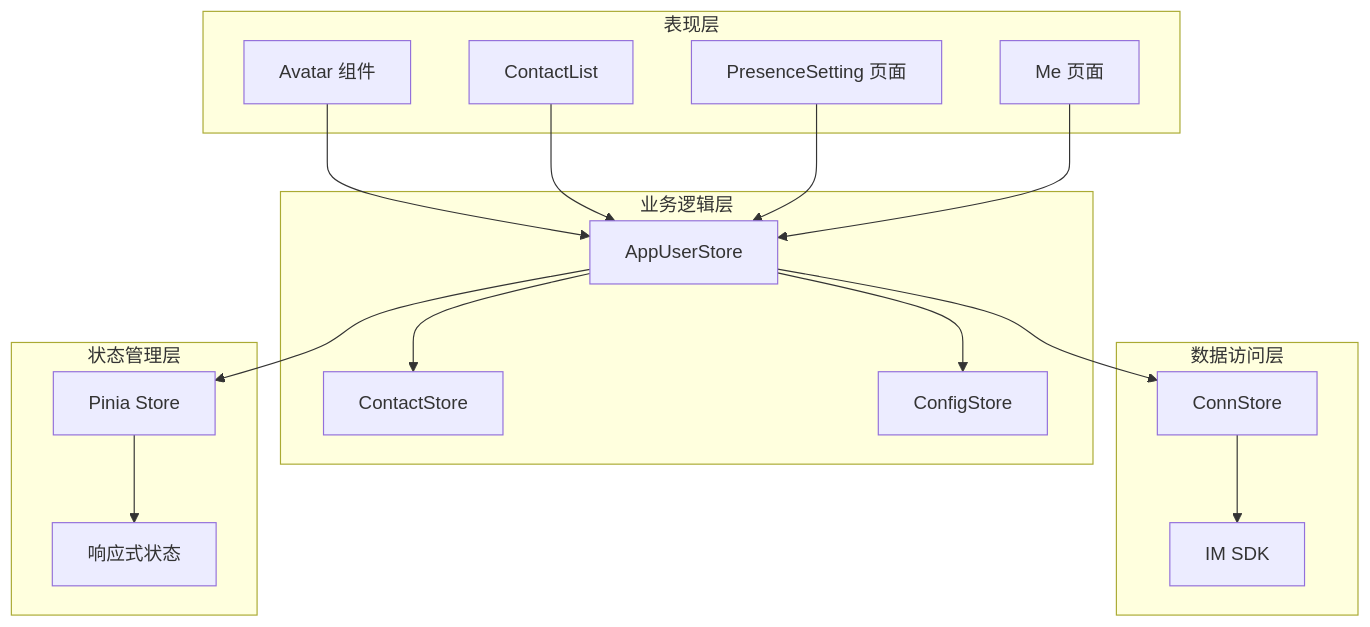
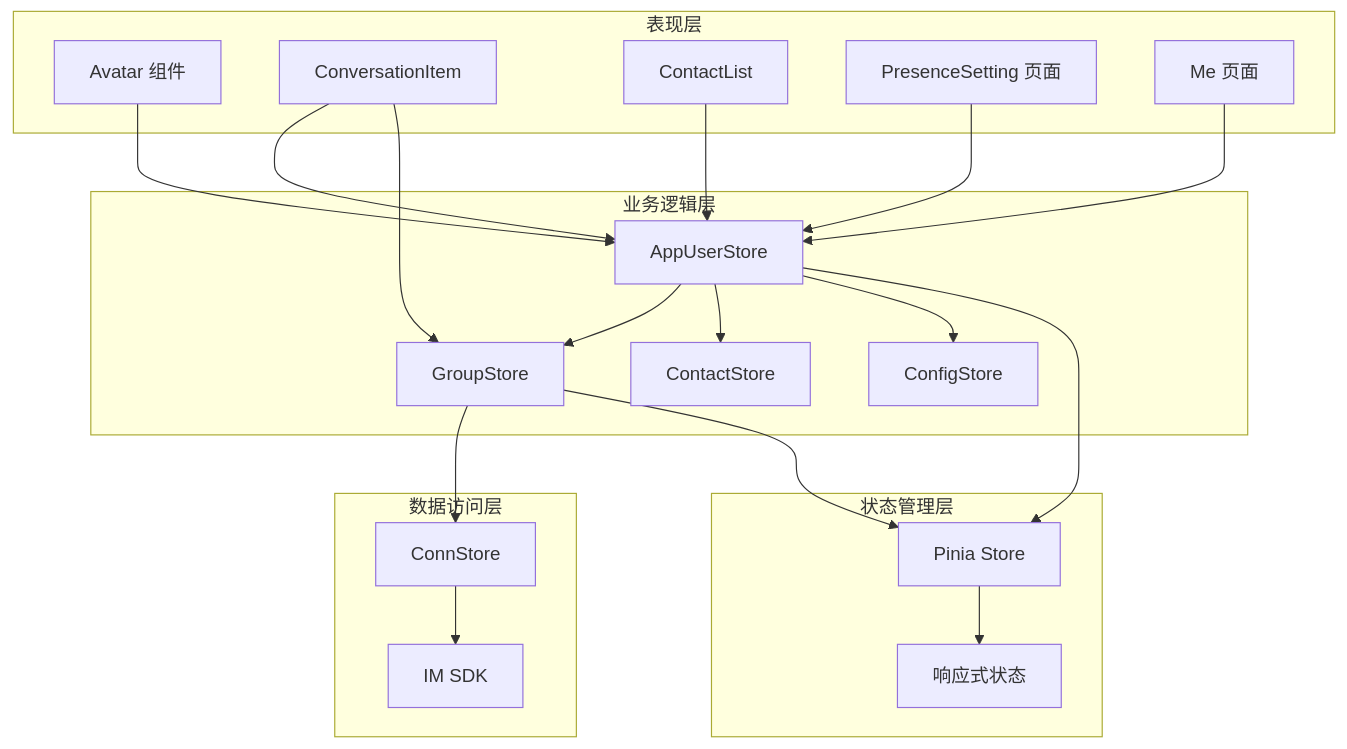
Before and after one commit to Easemob-Community/easemob-uikit-uniapp-community: the second of 7 diagrams in .qoder/repowiki/zh/content/User Status Management.md, drawn with Mermaid. The commit also changed other lines of this file and 5 other files, not shown here.

````diff
--- a/.qoder/repowiki/zh/content/User Status Management.md
+++ b/.qoder/repowiki/zh/content/User Status Management.md
@@ -127,32 +165,38 @@
 ```mermaid
 graph TD
 subgraph "表现层"
 A[Avatar 组件]
-B[ContactList]
-C[PresenceSetting 页面]
-D[Me 页面]
+B[ConversationItem]
+C[ContactList]
+D[PresenceSetting 页面]
+E[Me 页面]
 end
 subgraph "业务逻辑层"
-E[AppUserStore]
-F[ContactStore]
-G[ConfigStore]
+F[AppUserStore]
+G[GroupStore]
+H[ContactStore]
+I[ConfigStore]
 end
 subgraph "数据访问层"
-H[ConnStore]
-I[IM SDK]
+J[ConnStore]
+K[IM SDK]
 end
 subgraph "状态管理层"
-J[Pinia Store]
-K[响应式状态]
+L[Pinia Store]
+M[响应式状态]
 end
-A --> E
-B --> E
-C --> E
-D --> E
+A --> F
+B --> F
+B --> G
+C --> F
+D --> F
 E --> F
-E --> G
-E --> H
-H --> I
-E --> J
+F --> G
+F --> H
+F --> I
+G --> J
 J --> K
+F --> L
+G --> L
+L --> M
 ```
````
